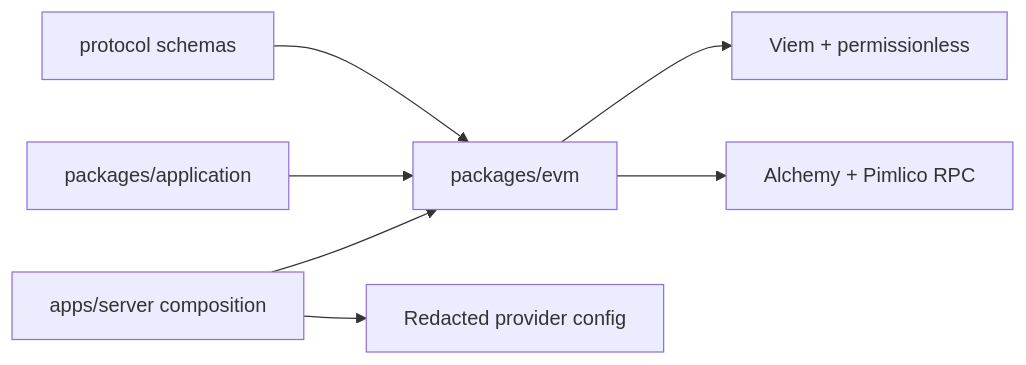
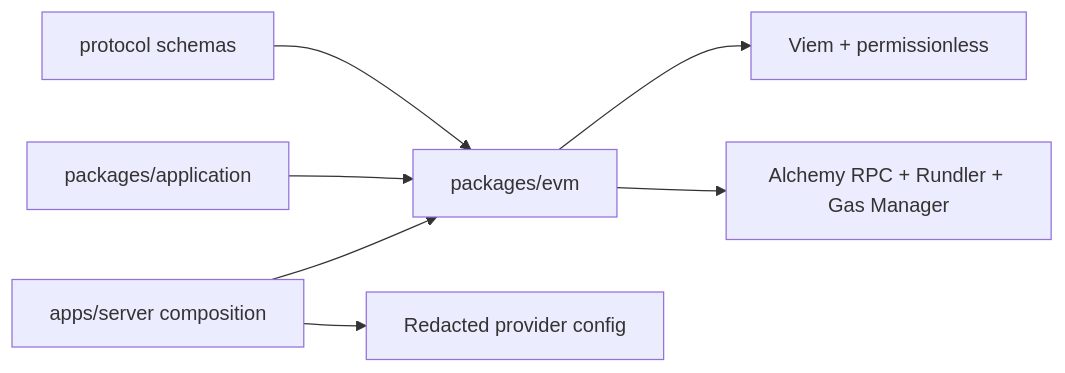
The diagram in architecture/evm/README.md (thenamespace/namera), drawn with Mermaid before and after one commit. The commit also changed other lines of this file and 32 other files, not shown here.

Commit message:
refactor(evm): migrate execution to Alchemy

````diff
--- a/architecture/evm/README.md
+++ b/architecture/evm/README.md
@@ -33,9 +33,9 @@
 ```mermaid
 flowchart LR
   Protocol[protocol schemas] --> EVM[packages/evm]
   EVM --> Viem[Viem + permissionless]
-  EVM --> Providers[Alchemy + Pimlico RPC]
+  EVM --> Providers[Alchemy RPC + Rundler + Gas Manager]
   Application[packages/application] --> EVM
   Server[apps/server composition] --> EVM
   Server --> Config[Redacted provider config]
 ```
````
